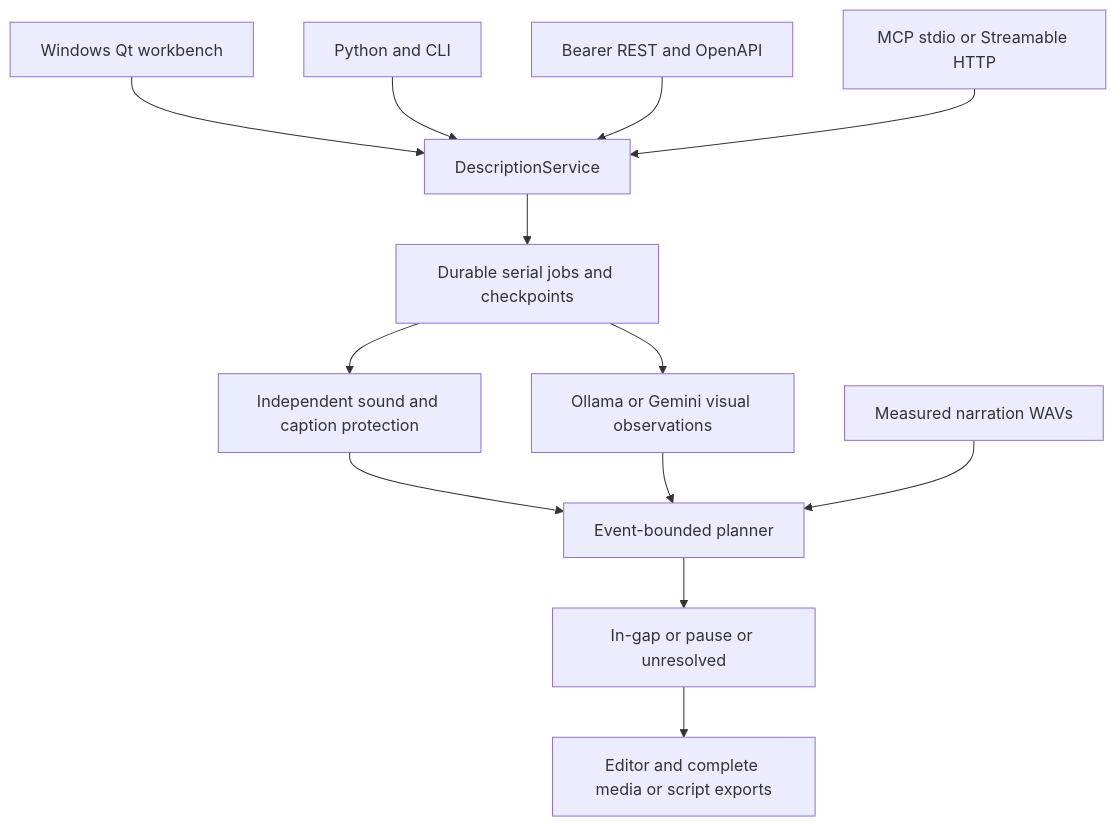
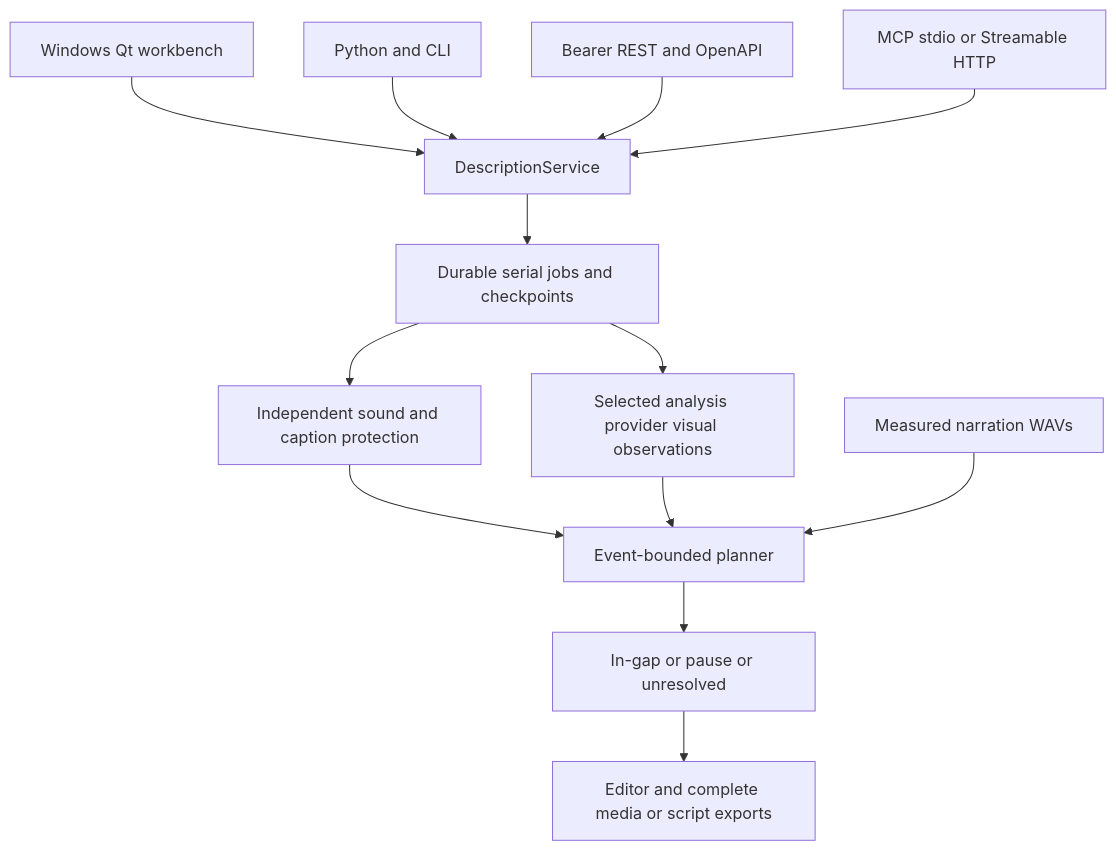
Before and after one commit to scottconverse/Describer-Workbench: the diagram in docs/ARCHITECTURE.md, drawn with Mermaid. The commit also changed other lines of this file and 41 other files, not shown here.

````diff
--- a/docs/ARCHITECTURE.md
+++ b/docs/ARCHITECTURE.md
@@ -13,15 +17,15 @@
 ```mermaid
 flowchart TD
     UI[Windows Qt workbench] --> E[DescriptionService]
     PY[Python and CLI] --> E
     REST[Bearer REST and OpenAPI] --> E
     MCP[MCP stdio or Streamable HTTP] --> E
     E --> J[Durable serial jobs and checkpoints]
     J --> S[Independent sound and caption protection]
-    J --> V[Ollama or Gemini visual observations]
+    J --> V[Selected analysis provider visual observations]
     S --> P[Event-bounded planner]
     V --> P
     T[Measured narration WAVs] --> P
     P --> O[In-gap or pause or unresolved]
     O --> X[Editor and complete media or script exports]
 ```
````
